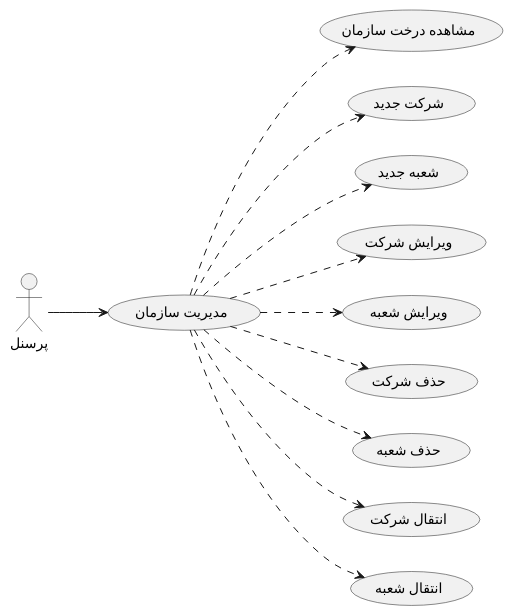
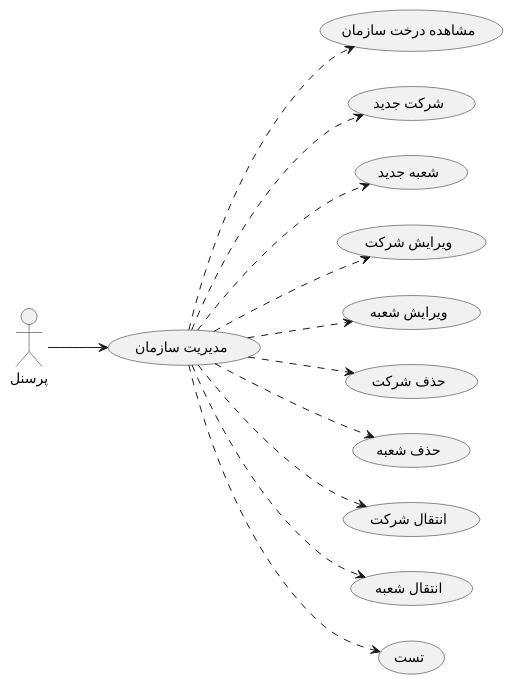
Before and after one commit to samadelmakchi/docs: the diagram in diagrams-src/organization.puml, drawn with PlantUML.

Commit message:
تست

```diff
--- a/diagrams-src/organization.puml
+++ b/diagrams-src/organization.puml
@@ -1,28 +1,30 @@
 @startuml
 left to right direction
 skinparam actorStyle "awesome"
 
 actor "پرسنل" as actor1
 
 usecase "مدیریت سازمان" as UC1
 usecase "مشاهده درخت سازمان" as UC2
 usecase "شرکت جدید" as UC3
 usecase "شعبه جدید" as UC4
 usecase "ویرایش شرکت" as UC5
 usecase "ویرایش شعبه" as UC6
 usecase "حذف شرکت" as UC7
 usecase "حذف شعبه" as UC8
 usecase "انتقال شرکت" as UC9
 usecase "انتقال شعبه" as UC10
+usecase "تست" as UC11
 
 actor1 --> UC1
 UC1 ..> UC2
 UC1 ..> UC3
 UC1 ..> UC4
 UC1 ..> UC5
 UC1 ..> UC6
 UC1 ..> UC7
 UC1 ..> UC8
 UC1 ..> UC9
 UC1 ..> UC10
+UC1 ..> UC11
 @enduml
```
